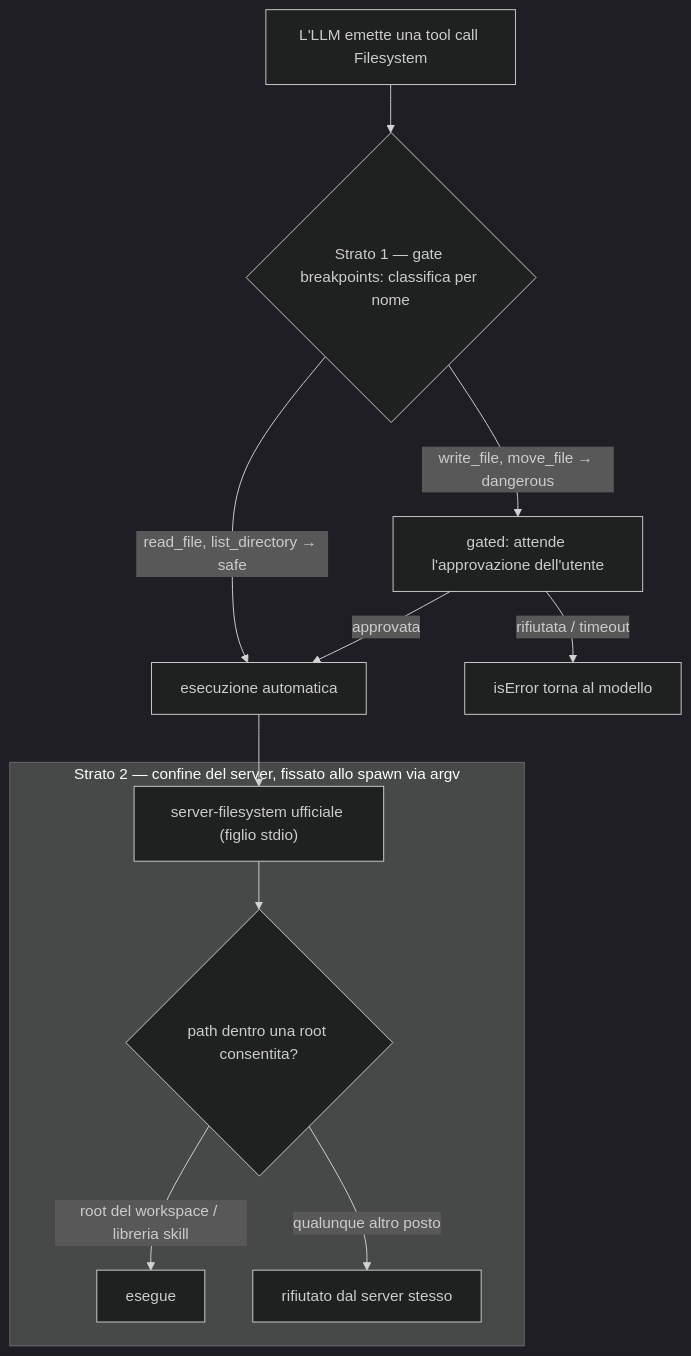
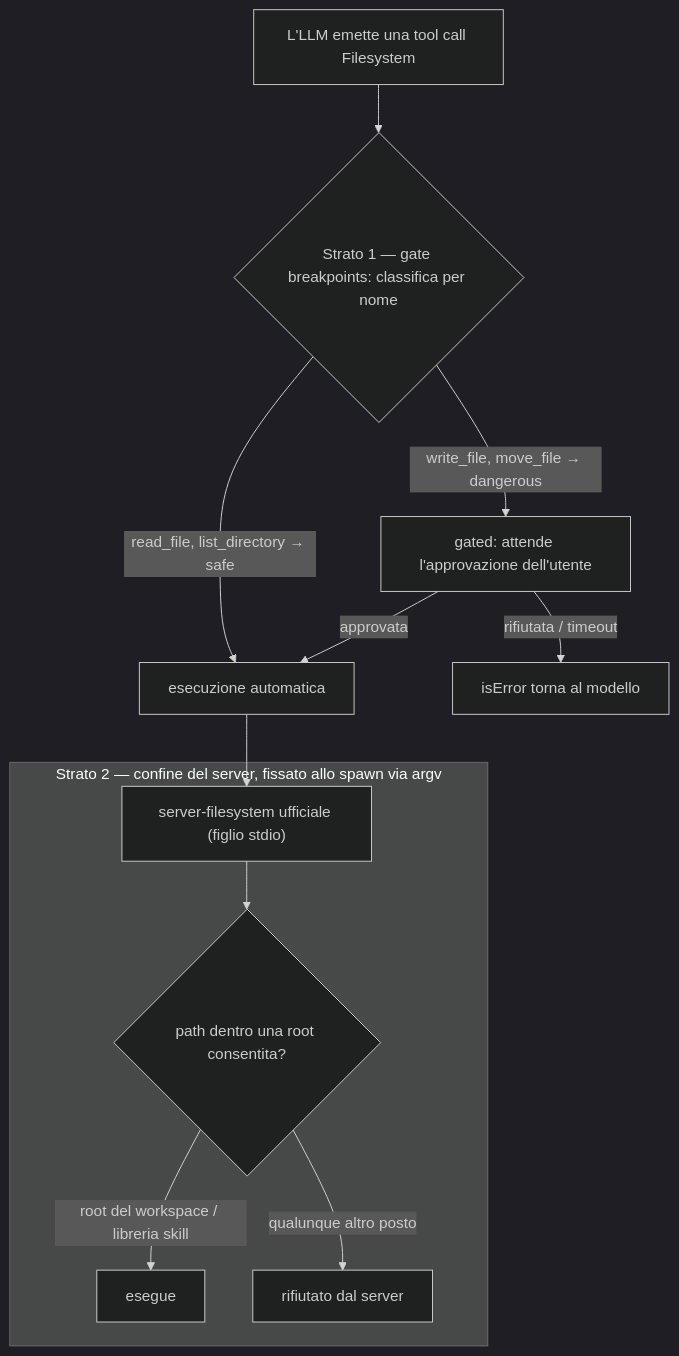
The second of 4 diagrams in docs/it/guides/builtin-mcp.md (MichelePolo/Aether), drawn with Mermaid (dark theme) before and after one commit. The commit also changed other lines of this file, not shown here.

````diff
--- a/docs/it/guides/builtin-mcp.md
+++ b/docs/it/guides/builtin-mcp.md
@@ -126,14 +143,14 @@
 ```mermaid
 flowchart TD
     L["L'LLM emette una tool call Filesystem"] --> G{"Strato 1 — gate breakpoints: classifica per nome"}
     G -- "read_file, list_directory → safe" --> RUN["esecuzione automatica"]
     G -- "write_file, move_file → dangerous" --> WAIT["gated: attende l'approvazione dell'utente"]
     WAIT -- "approvata" --> RUN
     WAIT -- "rifiutata / timeout" --> ERR1["isError torna al modello"]
     RUN --> SRV["server-filesystem ufficiale (figlio stdio)"]
     subgraph SB["Strato 2 — confine del server, fissato allo spawn via argv"]
         SRV --> CHK{"path dentro una root consentita?"}
         CHK -- "root del workspace / libreria skill" --> OK["esegue"]
-        CHK -- "qualunque altro posto" --> ERR2["rifiutato dal server stesso"]
+        CHK -- "qualunque altro posto" --> ERR2["rifiutato dal server"]
     end
 ```
````
